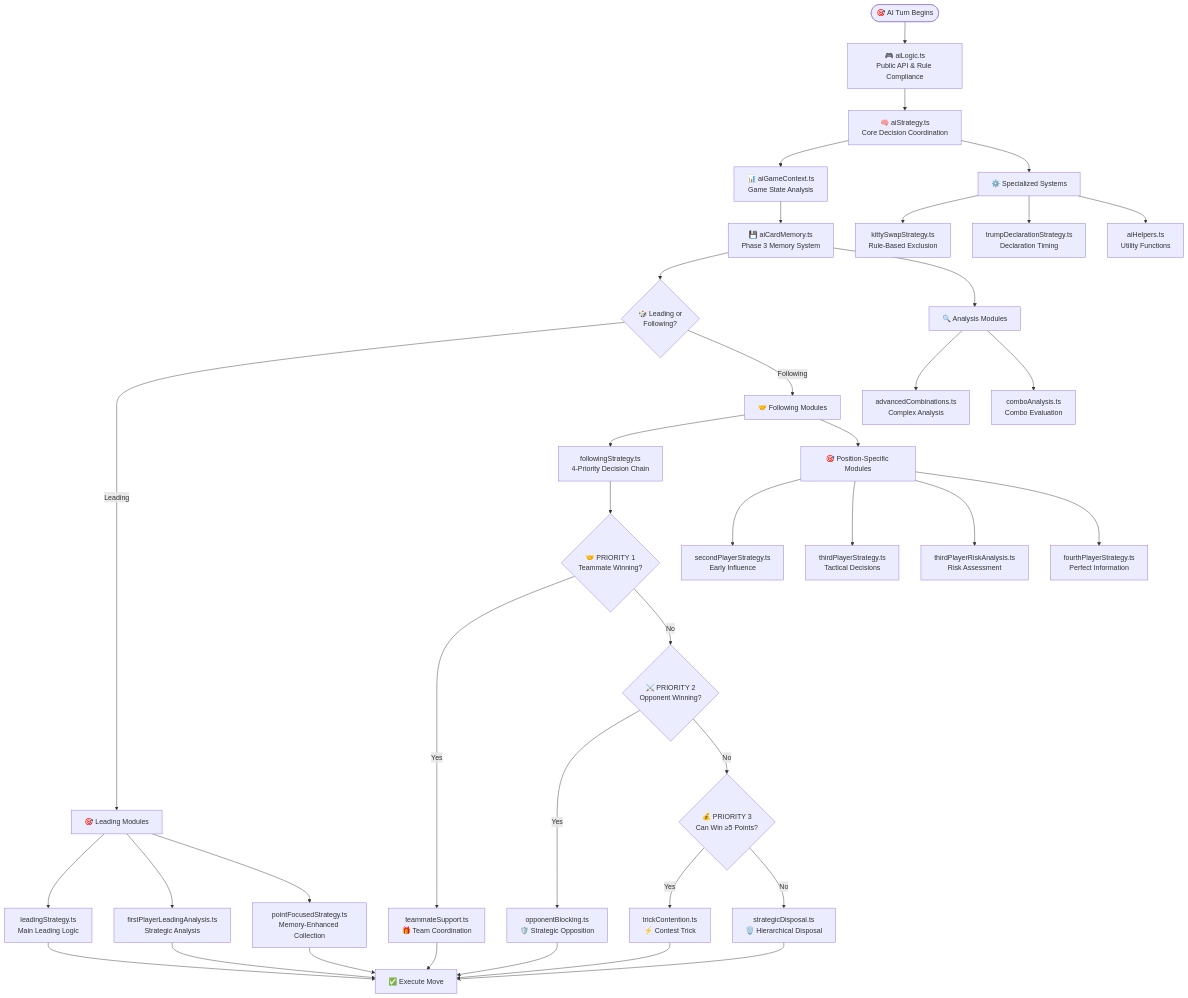
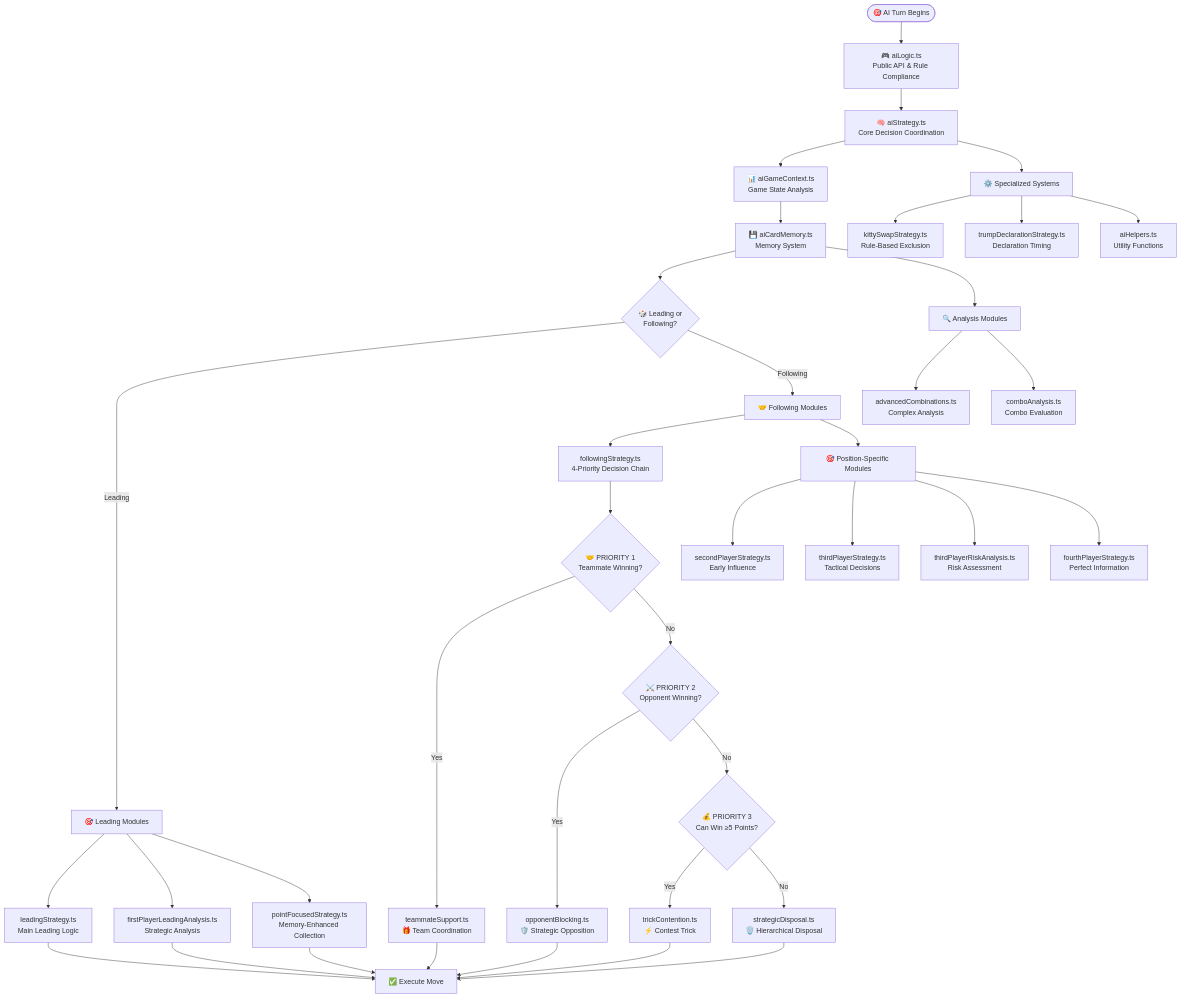
Before and after one commit to ejfn/Tractor: the diagram in docs/AI_SYSTEM.md, drawn with Mermaid. The commit also changed other lines of this file and 28 other files, not shown here.

First line of the commit message:
Memory System Implementation - Phases 1-3 Complete (Beta Ready) (#224)

````diff
--- a/docs/AI_SYSTEM.md
+++ b/docs/AI_SYSTEM.md
@@ -105,49 +105,49 @@
 ```mermaid
 flowchart TD
     Start([🎯 AI Turn Begins]) --> Logic[🎮 aiLogic.ts<br/>Public API & Rule Compliance]
     Logic --> Strategy[🧠 aiStrategy.ts<br/>Core Decision Coordination]
     Strategy --> Context[📊 aiGameContext.ts<br/>Game State Analysis]
-    Context --> Memory[💾 aiCardMemory.ts<br/>Phase 3 Memory System]
+    Context --> Memory[💾 aiCardMemory.ts<br/>Memory System]
     
     Memory --> Leading{🎲 Leading or<br/>Following?}
     
     Leading -->|Leading| LeadingMods[🎯 Leading Modules]
     Leading -->|Following| FollowingMods[🤝 Following Modules]
     
     LeadingMods --> LeadStrategy[leadingStrategy.ts<br/>Main Leading Logic]
     LeadingMods --> FirstAnalysis[firstPlayerLeadingAnalysis.ts<br/>Strategic Analysis]
     LeadingMods --> PointFocus[pointFocusedStrategy.ts<br/>Memory-Enhanced Collection]
     
     FollowingMods --> FollowStrategy[followingStrategy.ts<br/>4-Priority Decision Chain]
     FollowStrategy --> P1{🤝 PRIORITY 1<br/>Teammate Winning?}
     
     P1 -->|Yes| TeamSupport[teammateSupport.ts<br/>🎁 Team Coordination]
     P1 -->|No| P2{⚔️ PRIORITY 2<br/>Opponent Winning?}
     P2 -->|Yes| OpponentBlock[opponentBlocking.ts<br/>🛡️ Strategic Opposition]
     P2 -->|No| P3{💰 PRIORITY 3<br/>Can Win ≥5 Points?}
     P3 -->|Yes| TrickContest[trickContention.ts<br/>⚡ Contest Trick]
     P3 -->|No| StrategicDisp[strategicDisposal.ts<br/>🗑️ Hierarchical Disposal]
     
     FollowingMods --> PositionMods[🎯 Position-Specific Modules]
     PositionMods --> Second[secondPlayerStrategy.ts<br/>Early Influence]
     PositionMods --> Third[thirdPlayerStrategy.ts<br/>Tactical Decisions]
     PositionMods --> ThirdRisk[thirdPlayerRiskAnalysis.ts<br/>Risk Assessment]
     PositionMods --> Fourth[fourthPlayerStrategy.ts<br/>Perfect Information]
     
     Memory --> Analysis[🔍 Analysis Modules]
     Analysis --> AdvCombo[advancedCombinations.ts<br/>Complex Analysis]
     Analysis --> ComboAnalysis[comboAnalysis.ts<br/>Combo Evaluation]
     
     Strategy --> Specialized[⚙️ Specialized Systems]
     Specialized --> KittySwap[kittySwapStrategy.ts<br/>Rule-Based Exclusion]
     Specialized --> TrumpDecl[trumpDeclarationStrategy.ts<br/>Declaration Timing]
     Specialized --> AIHelpers[aiHelpers.ts<br/>Utility Functions]
     
     TeamSupport --> Execute[✅ Execute Move]
     OpponentBlock --> Execute
     TrickContest --> Execute
     StrategicDisp --> Execute
     LeadStrategy --> Execute
     FirstAnalysis --> Execute
     PointFocus --> Execute
 ```
````
